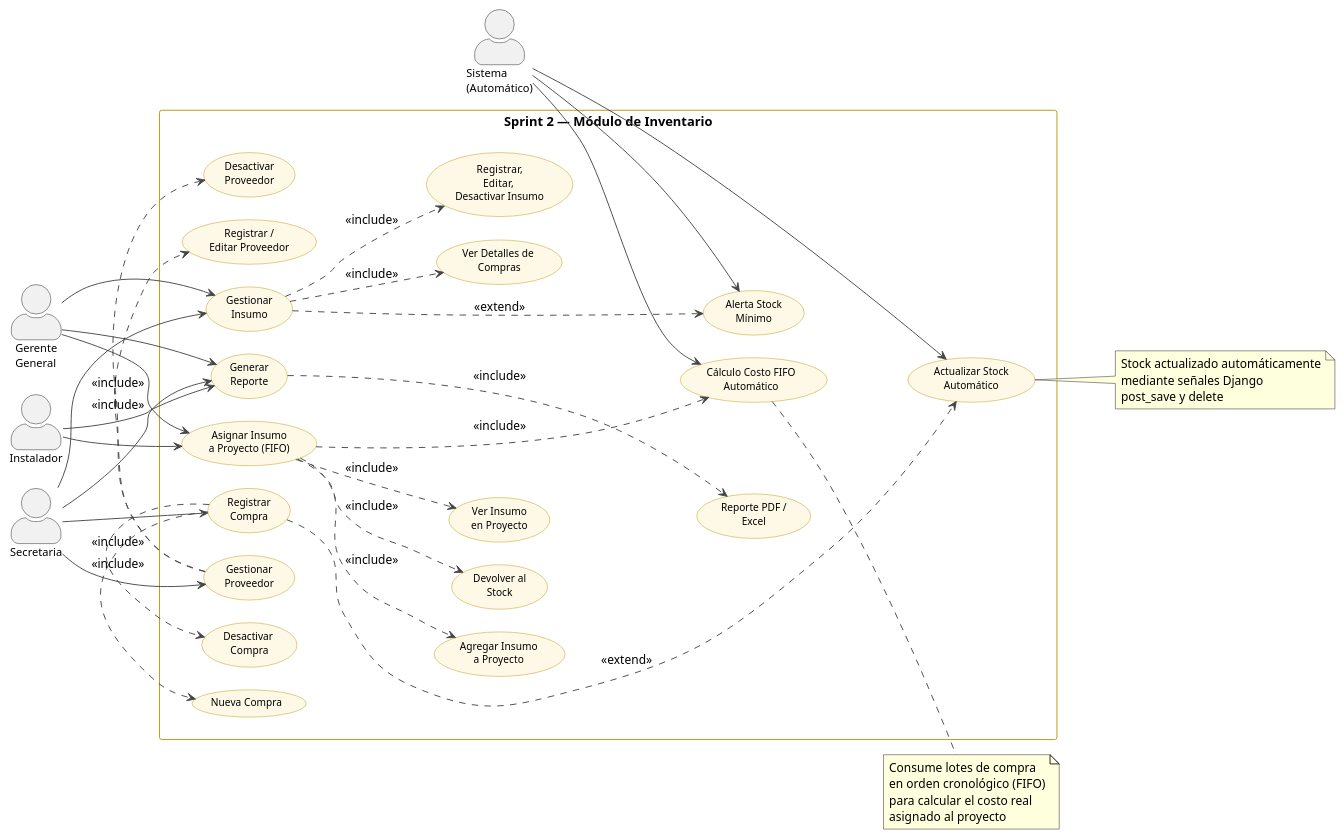
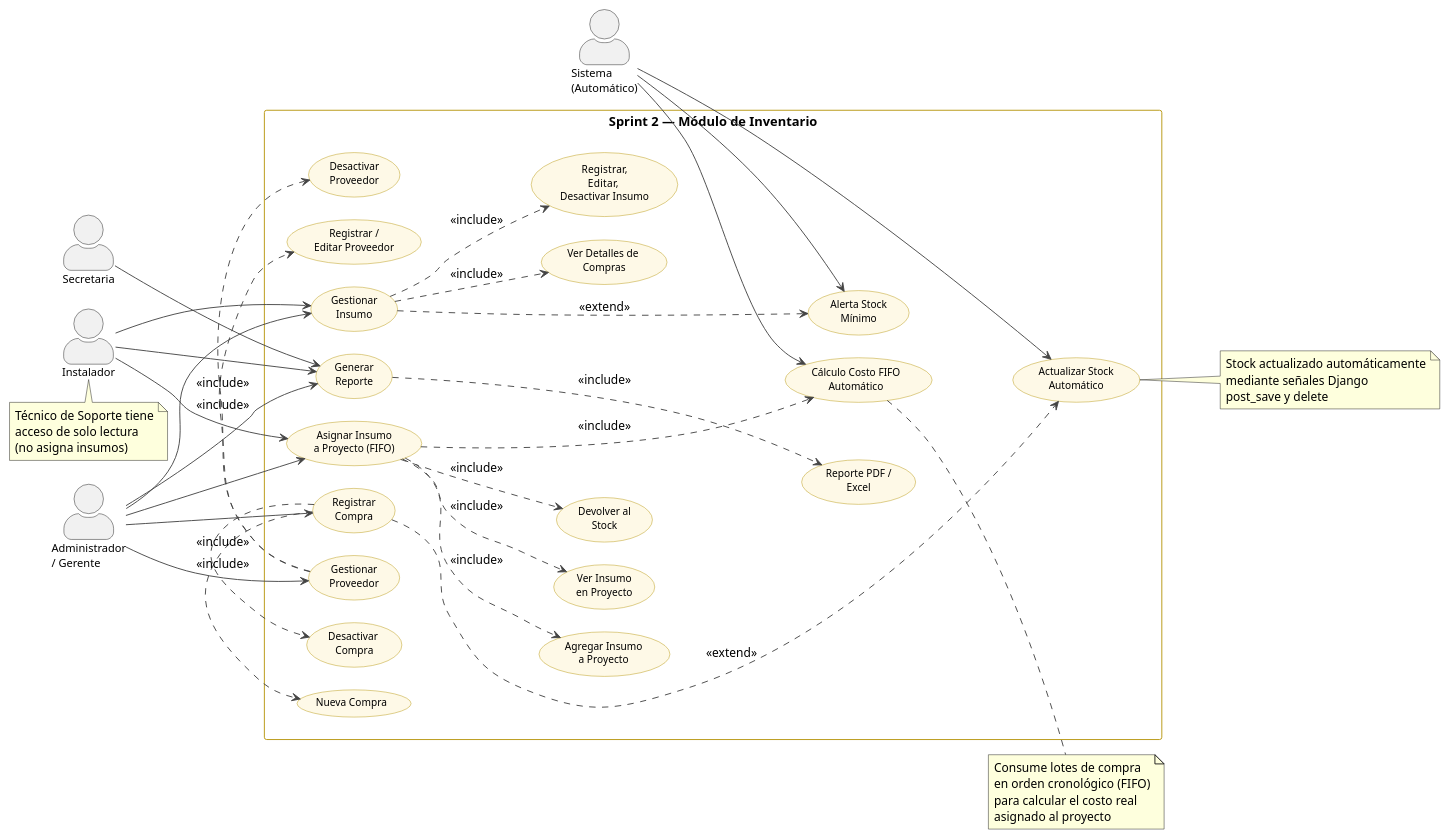
Before and after one commit to AmandaChoque/MVCProjets: the diagram in uc_modulo_inventario.puml, drawn with PlantUML. The commit also changed 48 other files, not shown here.

```diff
--- a/uc_modulo_inventario.puml
+++ b/uc_modulo_inventario.puml
@@ -1,183 +1,188 @@
 @startuml uc_modulo_inventario
 
 
 
 left to right direction
 
 skinparam actorStyle awesome
 skinparam packageStyle rectangle
 skinparam backgroundColor #FFFFFF
 skinparam usecaseBackgroundColor #FEF9E7
 skinparam usecaseBorderColor #B7950B
 skinparam usecaseFontSize 11
 skinparam actorFontSize 12
 skinparam packageBorderColor #B7950B
 skinparam packageBackgroundColor #FFFFFF
 skinparam packageFontStyle bold
 skinparam arrowColor #444444
 skinparam shadowing false
 
 skinparam nodesep 25
 skinparam ranksep 60
 
 '══════════════════════════════════════
 ' ACTORES IZQUIERDA
 '══════════════════════════════════════
 
-actor "Gerente\nGeneral" as GER
+actor "Administrador\n/ Gerente" as ADM
 actor "Secretaria" as SEC
-actor "Instalador" as SUP
+actor "Instalador" as INST
 
 rectangle "Sprint 2 — Módulo de Inventario" {
 
     '══════════════════════════════════
     ' CASOS PRINCIPALES
     '══════════════════════════════════
 
     together {
         usecase "Gestionar\nProveedor" as UC1
         usecase "Gestionar\nInsumo" as UC2
         usecase "Asignar Insumo\na Proyecto (FIFO)" as UC4
         usecase "Registrar\nCompra" as UC3
-        
+
         usecase "Generar\nReporte" as UC5
     }
 
     '══════════════════════════════════
     ' SUBCASOS PROVEEDOR
     '══════════════════════════════════
 
     together {
         usecase "Registrar /\nEditar Proveedor" as S1
         usecase "Desactivar\nProveedor" as S2
     }
 
     '══════════════════════════════════
     ' SUBCASOS INSUMO
     '══════════════════════════════════
 
     together {
         usecase "Registrar,\nEditar, \nDesactivar Insumo" as S3
         usecase "Ver Detalles de \nCompras" as S4
-    
+
     }
 
     '══════════════════════════════════
     ' SUBCASOS COMPRA
     '══════════════════════════════════
 
     together {
         usecase "Nueva Compra" as S6
         usecase "Desactivar \nCompra" as S8
     }
 
     '══════════════════════════════════
     ' SUBCASOS ASIGNACIÓN
     '══════════════════════════════════
 
     together {
         usecase "Agregar Insumo\na Proyecto" as S9
         usecase "Ver Insumo\nen Proyecto" as S10
         usecase "Devolver al\nStock" as S11
     }
 
     '══════════════════════════════════
     ' SUBCASOS REPORTES
     '══════════════════════════════════
 
     together {
         usecase "Reporte PDF /\nExcel" as S12
     }
 
     '══════════════════════════════════
     ' AUTOMÁTICOS
     '══════════════════════════════════
 
     together {
         usecase "Alerta Stock\nMínimo" as S13
         usecase "Cálculo Costo FIFO\nAutomático" as S14
         usecase "Actualizar Stock\nAutomático" as S15
     }
 
     '══════════════════════════════════
     ' ORDEN VISUAL
     '══════════════════════════════════
 
     S2  -[hidden]-> S3
     S8  -[hidden]-> S9
     S11 -[hidden]-> S12
 
     S4  -[hidden]-> S13
     S14 -[hidden]-> S15
 }
 
 '══════════════════════════════════════
 ' ACTORES DERECHA
 '══════════════════════════════════════
 
 actor "Sistema\n(Automático)" as SIS
 
 '══════════════════════════════════════
 ' RELACIONES ACTORES
 '══════════════════════════════════════
 
-GER --> UC2
-GER --> UC4
-GER --> UC5
+ADM --> UC1
+ADM --> UC2
+ADM --> UC3
+ADM --> UC4
+ADM --> UC5
 
-SEC --> UC1
-SEC --> UC2
-SEC --> UC3
 SEC --> UC5
 
-SUP --> UC4
-SUP --> UC5
-
+INST --> UC2
+INST --> UC4
+INST --> UC5
 
 SIS --> S13
 SIS --> S14
 SIS --> S15
 
 '══════════════════════════════════════
 ' INCLUDE
 '══════════════════════════════════════
 
 UC1 .> S1 : <<include>>
 UC1 .> S2 : <<include>>
 
 UC2 .> S3 : <<include>>
 UC2 .> S4 : <<include>>
 
 UC3 .> S6 : <<include>>
 UC3 .> S8 : <<include>>
 
 UC4 .> S9 : <<include>>
 UC4 .> S10 : <<include>>
 UC4 .> S11 : <<include>>
 
 UC5 .> S12 : <<include>>
 
 '══════════════════════════════════════
 ' EXTEND / AUTOMÁTICOS
 '══════════════════════════════════════
 
 UC2 .> S13 : <<extend>>
 
 UC4 .> S14 : <<include>>
 
 UC3 .> S15 : <<extend>>
 
 note right of S14
   Consume lotes de compra
   en orden cronológico (FIFO)
   para calcular el costo real
   asignado al proyecto
 end note
 
 note right of S15
   Stock actualizado automáticamente
   mediante señales Django
   post_save y delete
 end note
 
+note bottom of INST
+  Técnico de Soporte tiene
+  acceso de solo lectura
+  (no asigna insumos)
+end note
+
 @enduml
```
